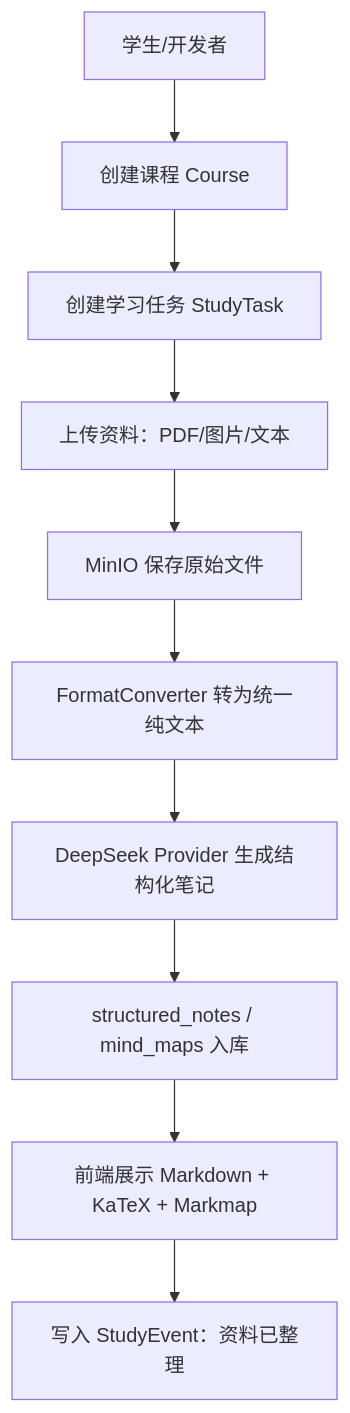
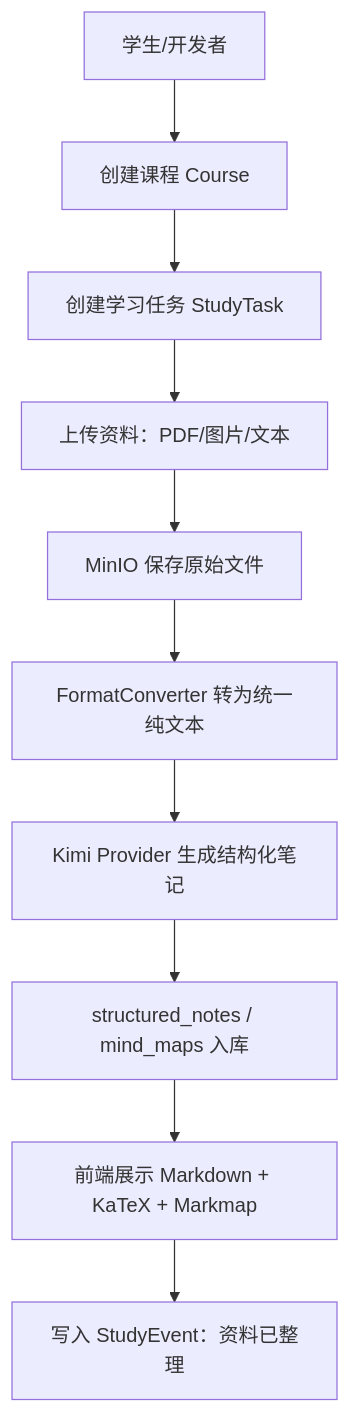
The diagram in docs/08-共同底座架构-Architecture.md (everything-is-simple/ai-studybuddy), drawn with Mermaid before and after one commit. The commit also changed other lines of this file and 9 other files, not shown here.

Commit message:
docs: switch AI provider strategy from DeepSeek to Kimi

````diff
--- a/docs/08-共同底座架构-Architecture.md
+++ b/docs/08-共同底座架构-Architecture.md
@@ -28,12 +28,12 @@
 ```mermaid
 flowchart TD
   A["学生/开发者"] --> B["创建课程 Course"]
   B --> C["创建学习任务 StudyTask"]
   C --> D["上传资料：PDF/图片/文本"]
   D --> E["MinIO 保存原始文件"]
   E --> F["FormatConverter 转为统一纯文本"]
-  F --> G["DeepSeek Provider 生成结构化笔记"]
+  F --> G["Kimi Provider 生成结构化笔记"]
   G --> H["structured_notes / mind_maps 入库"]
   H --> I["前端展示 Markdown + KaTeX + Markmap"]
   I --> J["写入 StudyEvent：资料已整理"]
 ```
````
